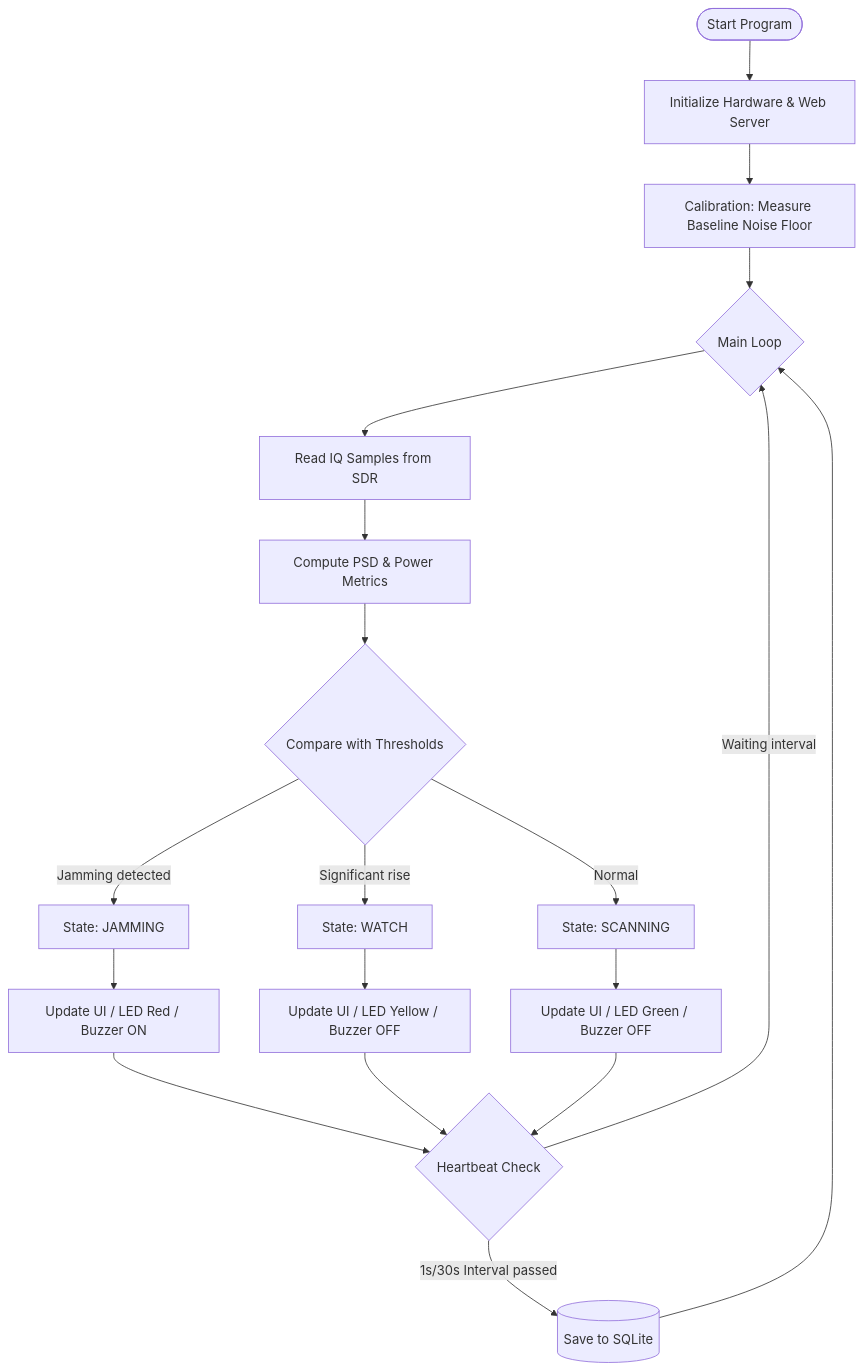
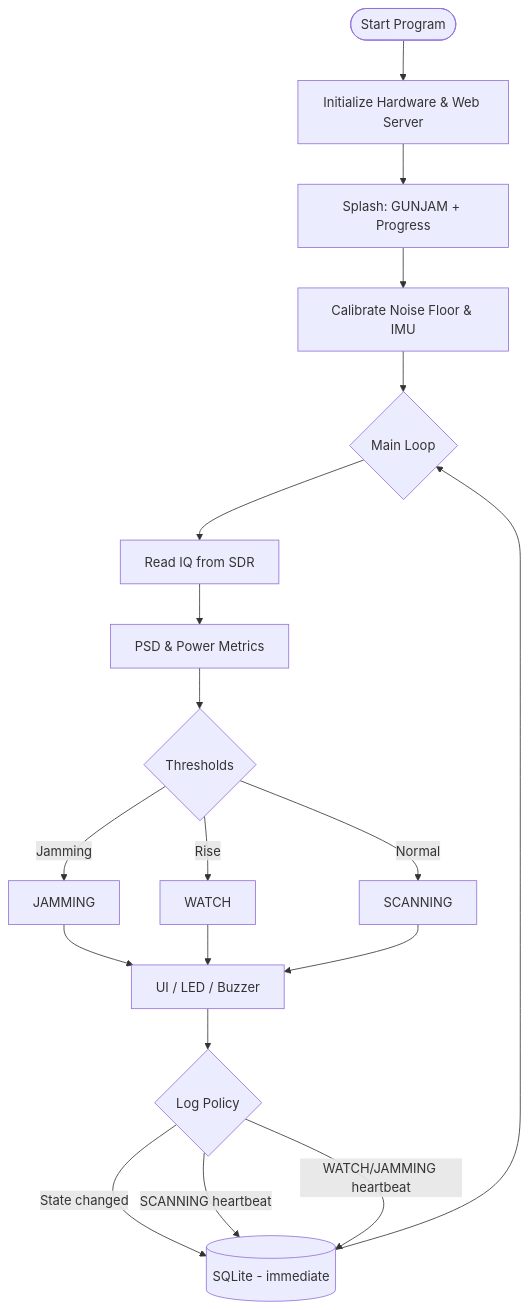
One commit to 67010655/Jamming-Detector-Handheld changed the second of 2 diagrams in README.md. Above: the diagram before and after it, drawn with Mermaid. The commit also changed other lines of this file and 2 other files, not shown here.

````diff
--- a/README.md
+++ b/README.md
@@ -35,22 +56,24 @@
 ```mermaid
 flowchart TD
     Start([Start Program]) --> Init[Initialize Hardware & Web Server]
-    Init --> Calib[Calibration: Measure Baseline Noise Floor]
+    Init --> Splash[Splash: GUNJAM + Progress]
+    Splash --> Calib[Calibrate Noise Floor & IMU]
     Calib --> Loop{Main Loop}
-    Loop --> Read[Read IQ Samples from SDR]
-    Read --> Power[Compute PSD & Power Metrics]
-    Power --> Check{Compare with Thresholds}
-    
-    Check -- Jamming detected --> StateJ[State: JAMMING]
-    Check -- Significant rise --> StateW[State: WATCH]
-    Check -- Normal --> StateS[State: SCANNING]
-    
-    StateJ --> Notify[Update UI / LED Red / Buzzer ON]
-    StateW --> NotifyW[Update UI / LED Yellow / Buzzer OFF]
-    StateS --> NotifyS[Update UI / LED Green / Buzzer OFF]
-    
-    Notify & NotifyW & NotifyS --> Log{Heartbeat Check}
-    Log -- 1s/30s Interval passed --> DB[(Save to SQLite)]
-    Log -- Waiting interval --> Loop
+    Loop --> Read[Read IQ from SDR]
+    Read --> Power[PSD & Power Metrics]
+    Power --> Check{Thresholds}
+
+    Check -- Jamming --> StateJ[JAMMING]
+    Check -- Rise --> StateW[WATCH]
+    Check -- Normal --> StateS[SCANNING]
+
+    StateJ --> Notify[UI / LED / Buzzer]
+    StateW --> Notify
+    StateS --> Notify
+
+    Notify --> Log{Log Policy}
+    Log -- State changed --> DB[(SQLite - immediate)]
+    Log -- SCANNING heartbeat --> DB
+    Log -- WATCH/JAMMING heartbeat --> DB
     DB --> Loop
 ```
````
